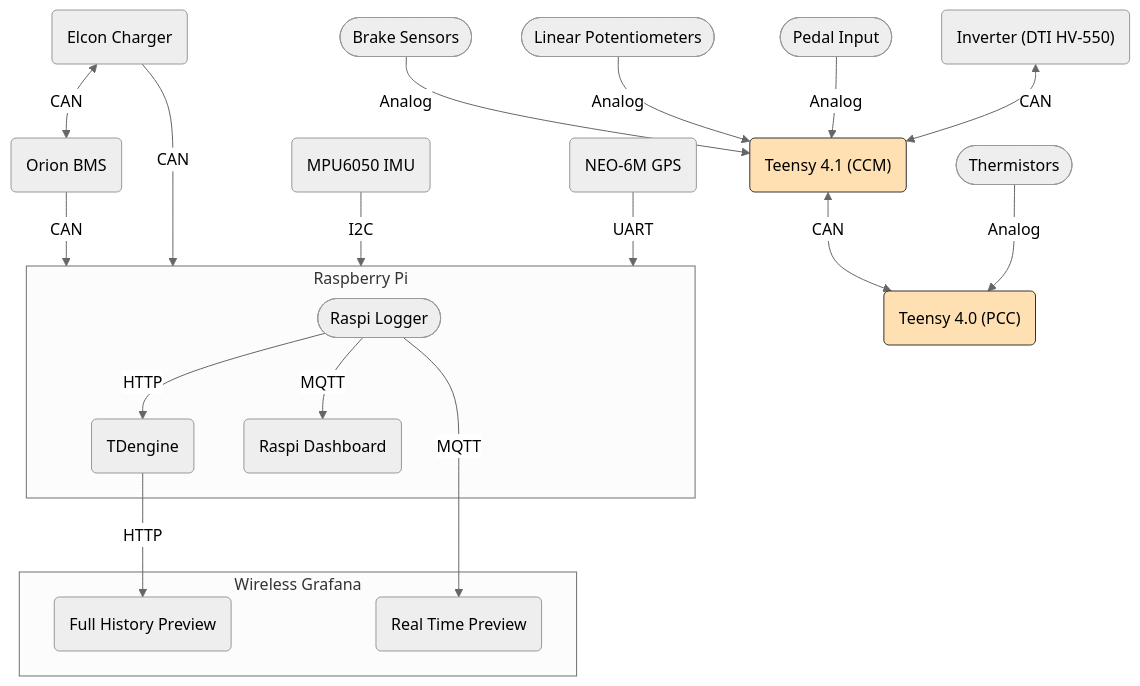
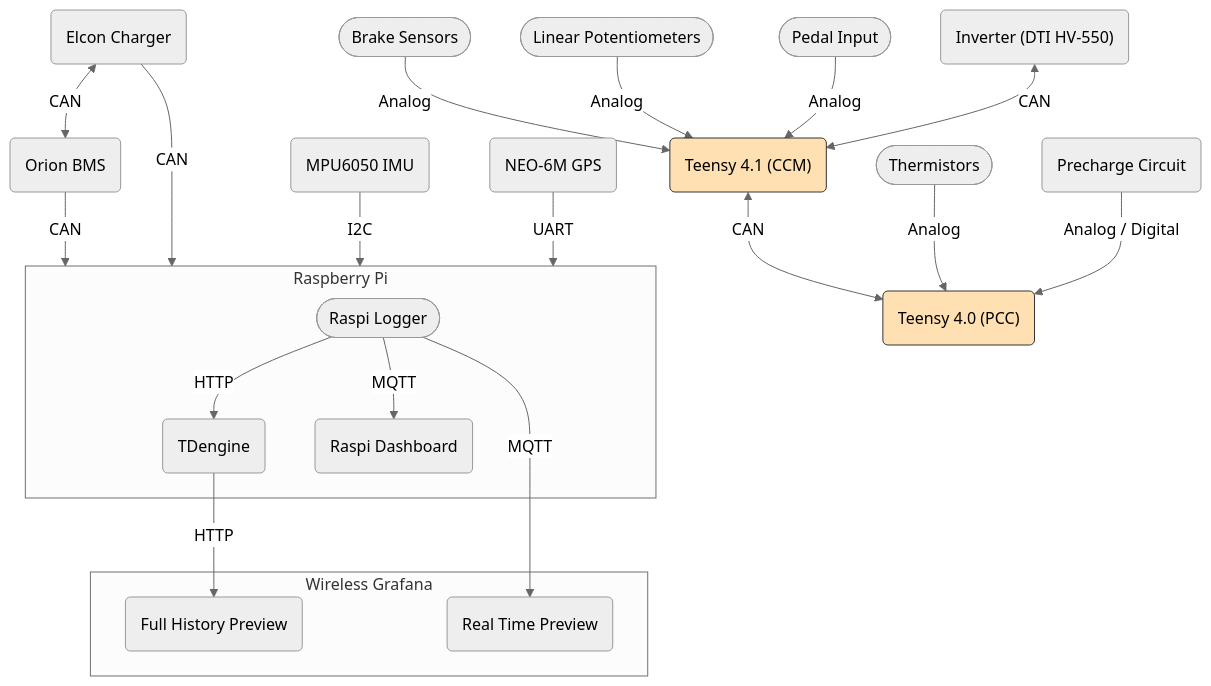
One commit to Anteater-Electric-Racing/embedded-mz changed the diagram in README.md. Above: the diagram before and after it, drawn with Mermaid (neutral theme).

Commit message:
Added Precharge Circuit box to flow chart

````diff
--- a/README.md
+++ b/README.md
@@ -3,29 +3,31 @@
 ```mermaid
 flowchart TD
     BMS(Orion BMS) -->|CAN| RASPI
     IMS(Elcon Charger) <-->|CAN| BMS
     IMS(Elcon Charger) -->|CAN| RASPI
     IMU(MPU6050 IMU) -->|I2C| RASPI
     GPS(NEO-6M GPS) -->|UART| RASPI
 
     B([Brake Sensors]) -->|Analog| TS-CCM
     L([Linear Potentiometers]) -->|Analog| TS-CCM
     PDL([Pedal Input]) -->|Analog| TS-CCM
     
     TS-CCM("Teensy 4.1 (CCM)") <--> |CAN| TS-PCC("Teensy 4.0 (PCC)")
     INV("Inverter (DTI HV-550)") <--> |CAN| TS-CCM
 
     style TS-CCM fill:#FFE0B2,stroke:#333,color:#000
     style TS-PCC fill:#FFE0B2,stroke:#333,color:#000
 
     TH([Thermistors]) --> |Analog| TS-PCC
+
+    PCC(Precharge Circuit) --> |Analog / Digital| TS-PCC
     
     subgraph RASPI[Raspberry Pi]
         R(["Raspi Logger"]) -->|HTTP| I(TDengine)
         R -->|MQTT| D("Raspi Dashboard")
     end
     subgraph Graphana[Wireless Grafana]
         I -->|HTTP| F(Full History Preview)
         R -->|MQTT| P(Real Time Preview)
     end
 ```
````
